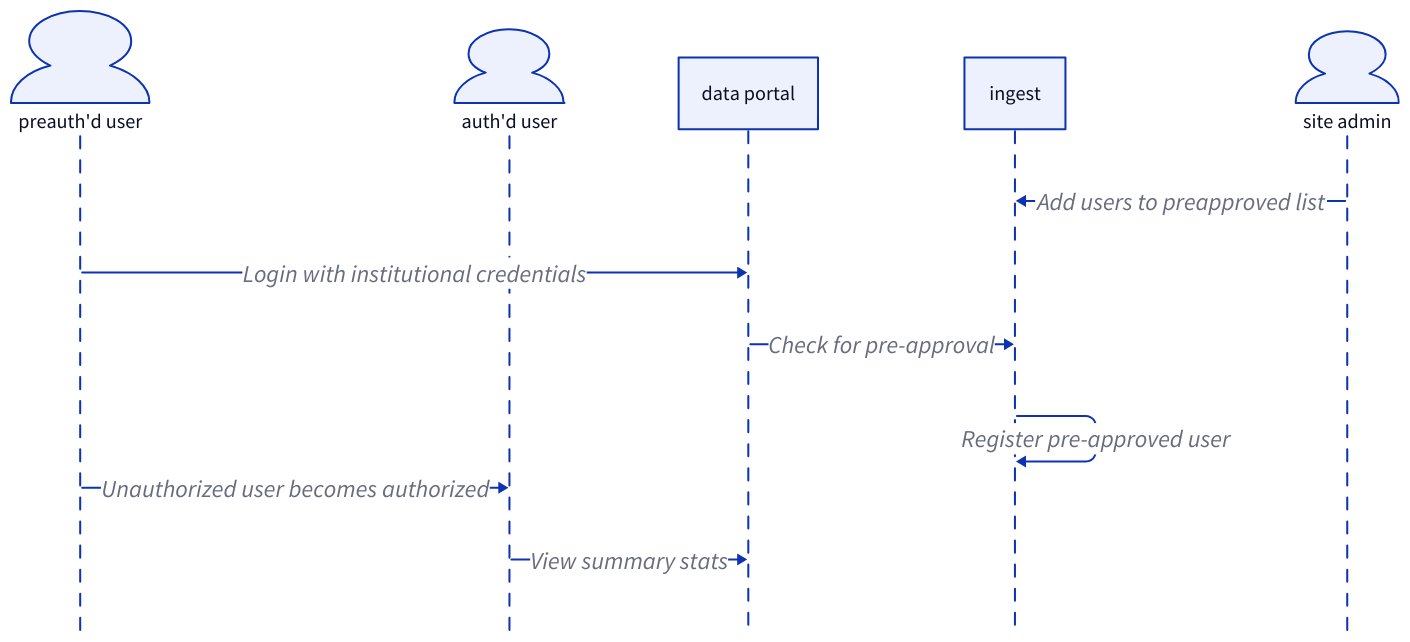
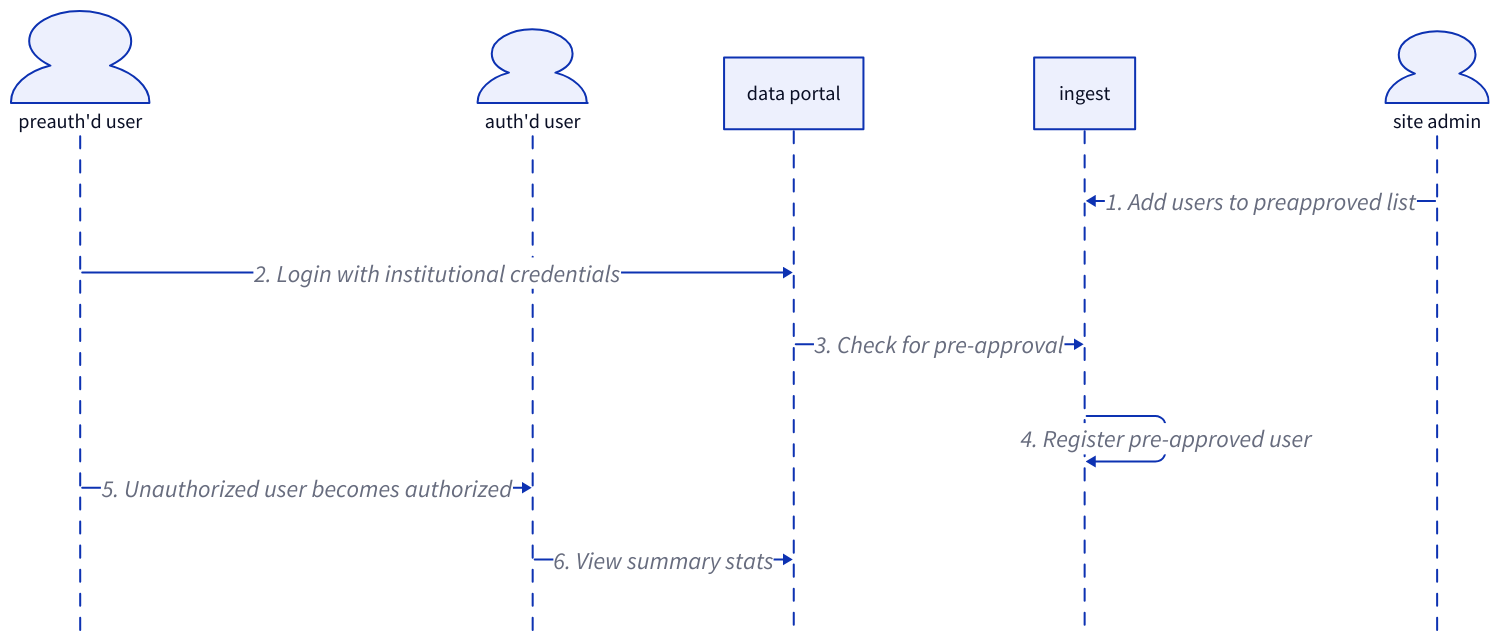
Before and after one commit to CanDIG/CanDIGv2: the second of 2 diagrams in docs/src/content/docs/user-roles/user-roles.mdx, drawn with D2. The commit also changed other lines of this file and 8 other files, not shown here.

````diff
--- a/docs/src/content/docs/user-roles/user-roles.mdx
+++ b/docs/src/content/docs/user-roles/user-roles.mdx
@@ -36,20 +36,20 @@
 ```d2 
 # User request flow
 shape: sequence_diagram
 preauth'd user: {shape: person}
 preauth'd user.style.font-size: 20
 auth'd user: {shape: person}
 auth'd user.style.font-size: 20
 data portal
 data portal.style.font-size: 20
 ingest
 ingest.style.font-size: 20
 site admin: {shape: person}
 site admin.style.font-size: 20
-site admin -> ingest: Add users to preapproved list {style: {font-size: 24}}
-preauth'd user -> data portal: Login with institutional credentials {style: {font-size: 24}}
-data portal -> ingest: Check for pre-approval {style: {font-size: 24}}
-ingest -> ingest: Register pre-approved user {style: {font-size: 24}}
-preauth'd user -> auth'd user: Unauthorized user becomes authorized {style: {font-size: 24}}
-auth'd user -> data portal: View summary stats {style: {font-size: 24}}
+site admin -> ingest: 1. Add users to preapproved list {style: {font-size: 24}}
+preauth'd user -> data portal: 2. Login with institutional credentials {style: {font-size: 24}}
+data portal -> ingest: 3. Check for pre-approval {style: {font-size: 24}}
+ingest -> ingest: 4. Register pre-approved user {style: {font-size: 24}}
+preauth'd user -> auth'd user: 5. Unauthorized user becomes authorized {style: {font-size: 24}}
+auth'd user -> data portal: 6. View summary stats {style: {font-size: 24}}
 ```
````
